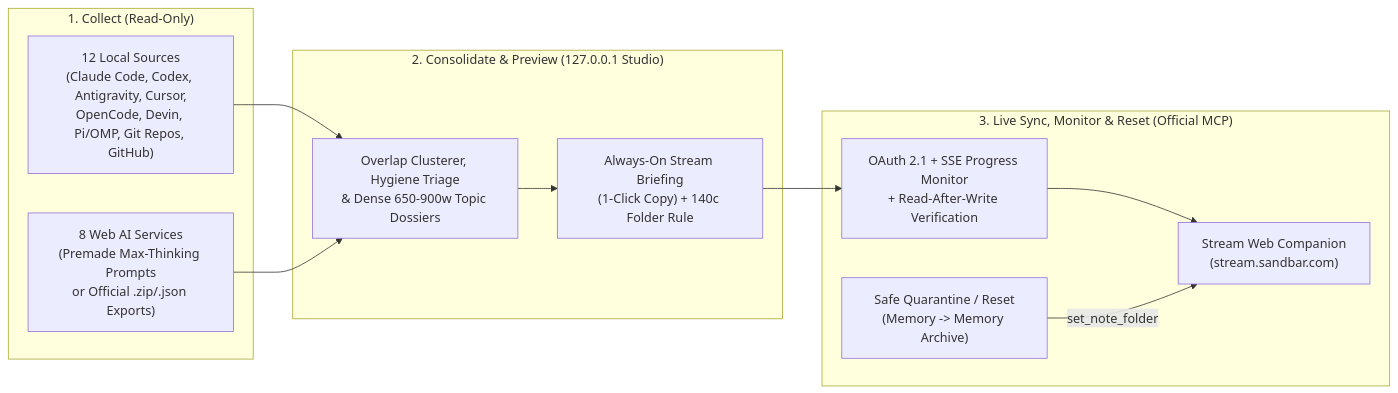
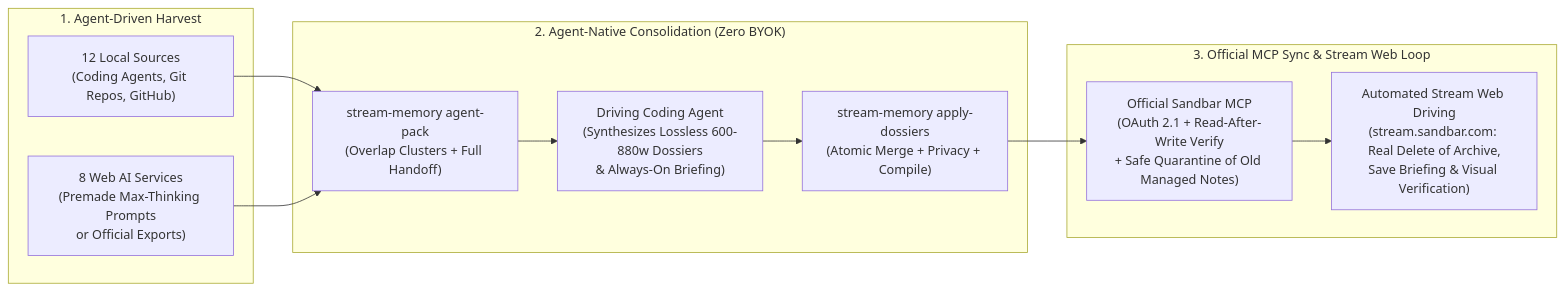
One commit to jerryj6/stream-memory-manager changed the diagram in README.md. Above: the diagram before and after it, drawn with Mermaid. The commit also changed other lines of this file and 9 other files, not shown here.

Commit message:
feat(v0.3.0): pure agent-driven pipeline (agent-pack, apply-dossiers, remove BYOK/Ollama, browser Stream Web loop)

````diff
--- a/README.md
+++ b/README.md
@@ -52,25 +40,25 @@
 ```mermaid
 flowchart LR
-    subgraph collect_grp ["1. Collect (Read-Only)"]
-        local_src["12 Local Sources\n(Claude Code, Codex, Antigravity, Cursor,\nOpenCode, Devin, Pi/OMP, Git Repos, GitHub)"]
-        web_src["8 Web AI Services\n(Premade Max-Thinking Prompts\nor Official .zip/.json Exports)"]
+    subgraph stage_collect ["1. Agent-Driven Harvest"]
+        local_src["12 Local Sources\n(Coding Agents, Git Repos, GitHub)"]
+        web_src["8 Web AI Services\n(Premade Max-Thinking Prompts\nor Official Exports)"]
     end
 
-    subgraph studio_grp ["2. Consolidate & Preview (127.0.0.1 Studio)"]
-        merge_eng["Overlap Clusterer, Hygiene Triage\n& Dense 650-900w Topic Dossiers"]
-        brief_box["Always-On Stream Briefing\n(1-Click Copy) + 140c Folder Rule"]
+    subgraph stage_synth ["2. Agent-Native Consolidation (Zero BYOK)"]
+        pack["stream-memory agent-pack\n(Overlap Clusters + Full Handoff)"]
+        agent_brain["Driving Coding Agent\n(Synthesizes Lossless 600-880w Dossiers\n& Always-On Briefing)"]
+        apply_dos["stream-memory apply-dossiers\n(Atomic Merge + Privacy + Compile)"]
     end
 
-    subgraph live_grp ["3. Live Sync, Monitor & Reset (Official MCP)"]
-        mcp_sync["OAuth 2.1 + SSE Progress Monitor\n+ Read-After-Write Verification"]
-        quarantine["Safe Quarantine / Reset\n(Memory -> Memory Archive)"]
-        stream_web["Stream Web Companion\n(stream.sandbar.com)"]
+    subgraph stage_live ["3. Official MCP Sync & Stream Web Loop"]
+        mcp_sync["Official Sandbar MCP\n(OAuth 2.1 + Read-After-Write Verify\n+ Safe Quarantine of Old Managed Notes)"]
+        stream_web["Automated Stream Web Driving\n(stream.sandbar.com: Real Delete of Archive,\nSave Briefing & Visual Verification)"]
     end
 
-    local_src --> merge_eng
-    web_src --> merge_eng
-    merge_eng --> brief_box
-    brief_box --> mcp_sync
+    local_src --> pack
+    web_src --> pack
+    pack --> agent_brain
+    agent_brain --> apply_dos
+    apply_dos --> mcp_sync
     mcp_sync --> stream_web
-    quarantine -->|"set_note_folder"| stream_web
 ```
````
